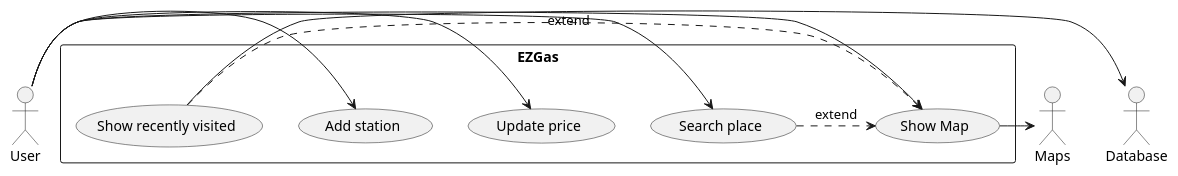
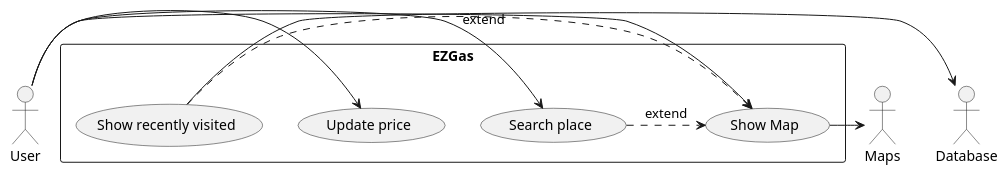
One commit to SoftengPoliTo/Lab2 changed the second of 2 diagrams in REQ_s280124.md. Above: the diagram before and after it, drawn with PlantUML. The commit also changed other lines of this file, not shown here.

First line of the commit message:
remove FR4 - add new station

````diff
--- a/REQ_s280124.md
+++ b/REQ_s280124.md
@@ -100,20 +99,18 @@
 ```plantuml
 actor User as U
 actor Database as DB
 actor Maps as M
 rectangle EZGas {
 	usecase "Show Map" as FR1
 	usecase "Search place" as FR1.1
 	usecase "Update price" as FR2
-	usecase "Add station" as FR3
-	usecase "Show recently visited" as FR4
+	usecase "Show recently visited" as FR3
 }
 U -> FR1
 U -> FR1.1
 U -> FR2
-U -> FR3
 FR1 -> M
 FR1.1 .> FR1 : extend
-FR4 .> FR1 : extend
-FR4 -> DB
+FR3 .> FR1 : extend
+FR3 -> DB
 ```
````
